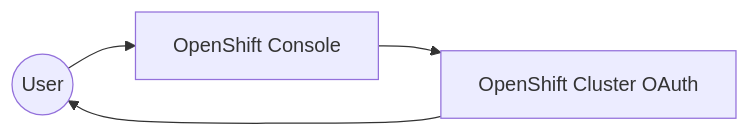
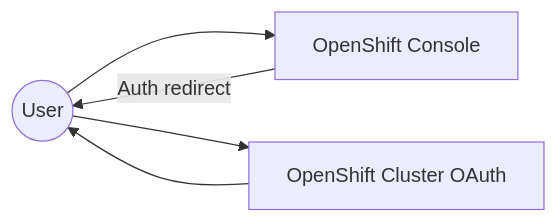
Before and after one commit to kincl/openshift-client-certificate-auth: the second of 3 diagrams in README.md, drawn with Mermaid. The commit also changed other lines of this file, not shown here.

Commit message:
adding clarity to diagram doc

````diff
--- a/README.md
+++ b/README.md
@@ -35,7 +35,10 @@
 ```mermaid
 flowchart LR
   user((User))
   console[OpenShift Console]
   oauth[OpenShift Cluster OAuth]
-  user-->console-->oauth-->user
+  user-->console
+  console-- Auth redirect -->user
+  user-->oauth
+  oauth-->user
 ```
````
